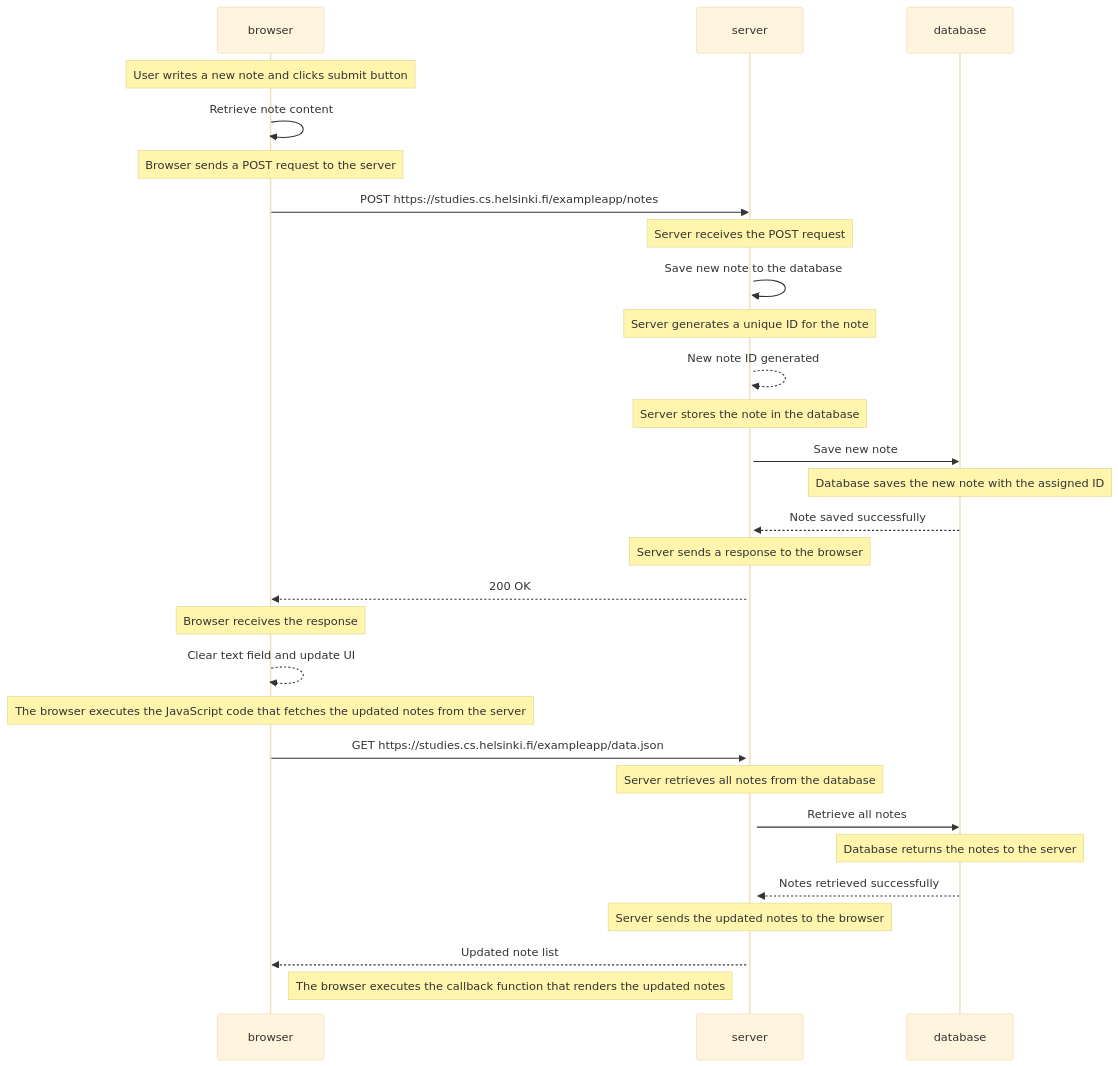
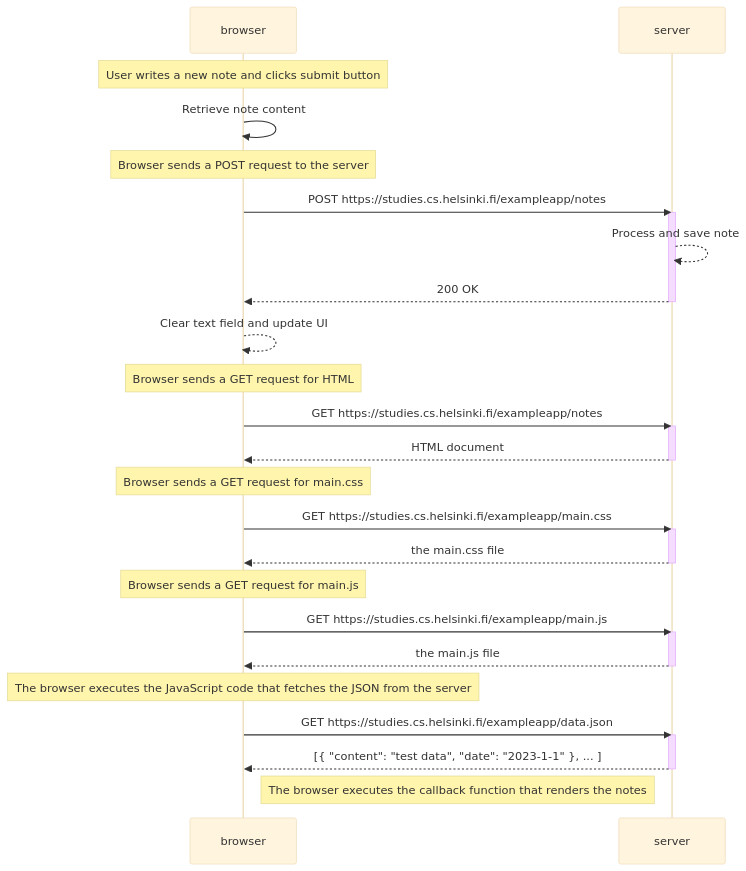
One commit to IbrahimJahanzaib/fullstackopen changed the diagram in Part0/0.4.md. Above: the diagram before and after it, drawn with Mermaid (base theme).

````diff
--- a/Part0/0.4.md
+++ b/Part0/0.4.md
@@ -1,48 +1,46 @@
 ```mermaid
 sequenceDiagram
     participant browser
     participant server
-    participant database
 
-   Note over browser: User writes a new note and clicks submit button
-   browser->>browser: Retrieve note content
+    Note over browser: User writes a new note and clicks submit button
+    browser->>browser: Retrieve note content
 
-   Note over browser: Browser sends a POST request to the server
-   browser->>server: POST https://studies.cs.helsinki.fi/exampleapp/notes
-   activate server
+    Note over browser: Browser sends a POST request to the server
+    browser->>server: POST https://studies.cs.helsinki.fi/exampleapp/notes
+    activate server
 
-   Note over server: Server receives the POST request
-   server->>server: Save new note to the database
+    server-->>server: Process and save note
+    server-->>browser: 200 OK
+    deactivate server
 
-   Note over server: Server generates a unique ID for the note
-   server-->>server: New note ID generated
+    browser-->>browser: Clear text field and update UI
 
-   Note over server: Server stores the note in the database
-   server->>database: Save new note
+    Note over browser: Browser sends a GET request for HTML
+    browser->>server: GET https://studies.cs.helsinki.fi/exampleapp/notes
+    activate server
+    server-->>browser: HTML document
+    deactivate server
 
-   Note over database: Database saves the new note with the assigned ID
-   database-->>server: Note saved successfully
+    Note over browser: Browser sends a GET request for main.css
+    browser->>server: GET https://studies.cs.helsinki.fi/exampleapp/main.css
+    activate server
+    server-->>browser: the main.css file
+    deactivate server
 
-   Note over server: Server sends a response to the browser
-   server-->>browser: 200 OK
+    Note over browser: Browser sends a GET request for main.js
+    browser->>server: GET https://studies.cs.helsinki.fi/exampleapp/main.js
+    activate server
+    server-->>browser: the main.js file
+    deactivate server
 
-   Note over browser: Browser receives the response
-   browser-->>browser: Clear text field and update UI
+    Note over browser: The browser executes the JavaScript code that fetches the JSON from the server
 
-   Note over browser: The browser executes the JavaScript code that fetches the updated notes from the server
-   browser->>server: GET https://studies.cs.helsinki.fi/exampleapp/data.json
-   activate server
+    browser->>server: GET https://studies.cs.helsinki.fi/exampleapp/data.json
+    activate server
+    server-->>browser: [{ "content": "test data", "date": "2023-1-1" }, ... ]
+    deactivate server
 
-   Note over server: Server retrieves all notes from the database
-   server->>database: Retrieve all notes
+    Note right of browser: The browser executes the callback function that renders the notes
 
-   Note over database: Database returns the notes to the server
-   database-->>server: Notes retrieved successfully
-
-   Note over server: Server sends the updated notes to the browser
-   server-->>browser: Updated note list
-
-   Note right of browser: The browser executes the callback function that renders the updated notes
-    
- 
 ```
````
